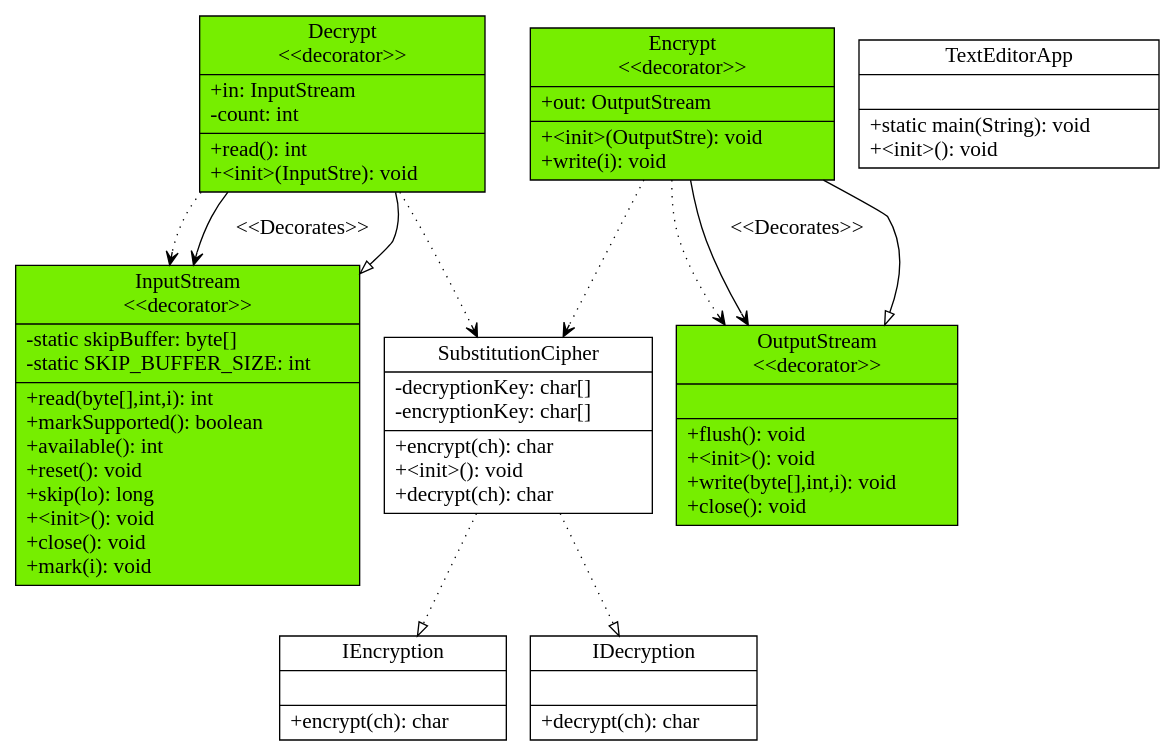
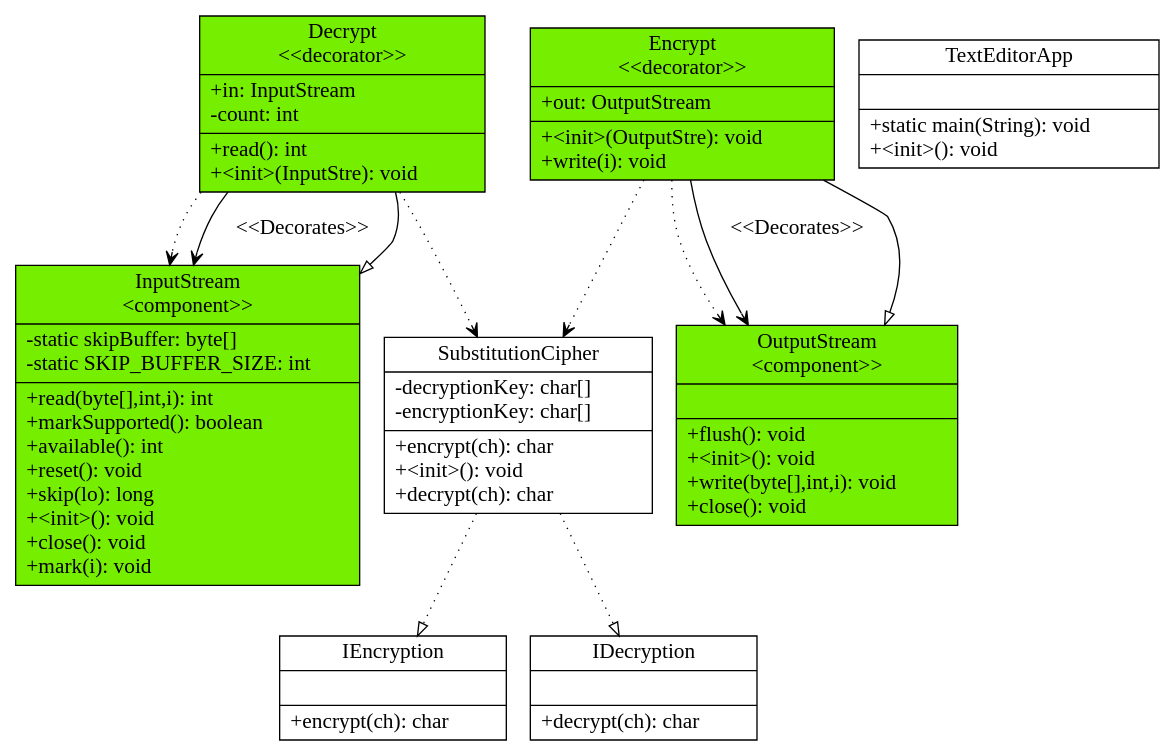
Before and after one commit to Maast3r/UMLMaker: the diagram in src/lab2one.dot, drawn with Graphviz. The commit also changed 20 other files, not shown here.

```diff
--- a/src/lab2one.dot
+++ b/src/lab2one.dot
@@ -1,75 +1,75 @@
 digraph G{
 	fontname = "Bitstream Vera Sans"
 	fontsize = 16
 
 node [
 	fontname = "Bitstream Vera Sans"
 	fontsize = 16
 
-        shape = "record"
+ shape = "record"
 ]
 edge [
 	fontname = "Bitstream Vera Sans"
 	fontsize = 16
 ]
 IEncryption [ 
 center=true
     label="{IEncryption| | +encrypt(ch): char\l}"color = black
 style = filled 
  fillcolor = white
 ]
 Decrypt [ 
 center=true
     label="{Decrypt\n\<\<decorator\>\>|+in: InputStream \l-count: int \l | +read(): int\l+\<init\>(InputStre): void\l}"color = null
 style = filled 
  fillcolor = chartreuse2
 ]
 InputStream [ 
 center=true
-    label="{InputStream\n\<\<decorator\>\>|-static skipBuffer: byte[] \l-static SKIP_BUFFER_SIZE: int \l | +read(byte[],int,i): int\l+markSupported(): boolean\l+available(): int\l+reset(): void\l+skip(lo): long\l+\<init\>(): void\l+close(): void\l+mark(i): void\l}"color = null
+    label="{InputStream\n\<\component\>\>|-static skipBuffer: byte[] \l-static SKIP_BUFFER_SIZE: int \l | +read(byte[],int,i): int\l+markSupported(): boolean\l+available(): int\l+reset(): void\l+skip(lo): long\l+\<init\>(): void\l+close(): void\l+mark(i): void\l}"color = null
 style = filled 
  fillcolor = chartreuse2
 ]
 OutputStream [ 
 center=true
-    label="{OutputStream\n\<\<decorator\>\>| | +flush(): void\l+\<init\>(): void\l+write(byte[],int,i): void\l+close(): void\l}"color = null
+    label="{OutputStream\n\<\component\>\>| | +flush(): void\l+\<init\>(): void\l+write(byte[],int,i): void\l+close(): void\l}"color = null
 style = filled 
  fillcolor = chartreuse2
 ]
 SubstitutionCipher [ 
 center=true
     label="{SubstitutionCipher|-decryptionKey: char[] \l-encryptionKey: char[] \l | +encrypt(ch): char\l+\<init\>(): void\l+decrypt(ch): char\l}"color = black
 style = filled 
  fillcolor = white
 ]
 IDecryption [ 
 center=true
     label="{IDecryption| | +decrypt(ch): char\l}"color = black
 style = filled 
  fillcolor = white
 ]
 Encrypt [ 
 center=true
     label="{Encrypt\n\<\<decorator\>\>|+out: OutputStream \l | +\<init\>(OutputStre): void\l+write(i): void\l}"color = null
 style = filled 
  fillcolor = chartreuse2
 ]
 TextEditorApp [ 
 center=true
     label="{TextEditorApp| | +static main(String): void\l+\<init\>(): void\l}"color = black
 style = filled 
  fillcolor = white
 ]
 Decrypt -> InputStream[arrowhead = vee, style = dotted]
 Decrypt -> InputStream[arrowhead = vee,label="\<\<Decorates\>\>"]
 Decrypt -> SubstitutionCipher[arrowhead = vee, style = dotted]
 Decrypt -> InputStream [arrowhead = onormal]
 SubstitutionCipher -> IDecryption[arrowhead = onormal,style = dotted]
 SubstitutionCipher -> IEncryption[arrowhead = onormal,style = dotted]
 Encrypt -> OutputStream[arrowhead = vee, style = dotted]
 Encrypt -> OutputStream[arrowhead = vee,label="\<\<Decorates\>\>"]
 Encrypt -> SubstitutionCipher[arrowhead = vee, style = dotted]
 Encrypt -> OutputStream [arrowhead = onormal]
 
 
 }
```
